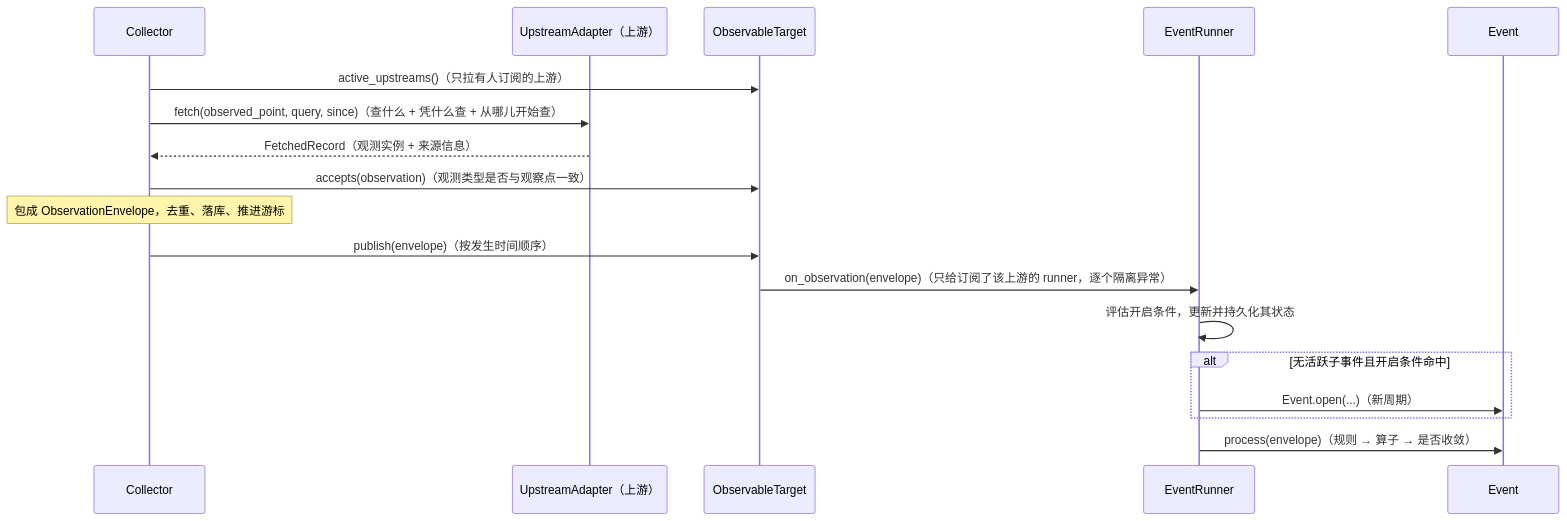
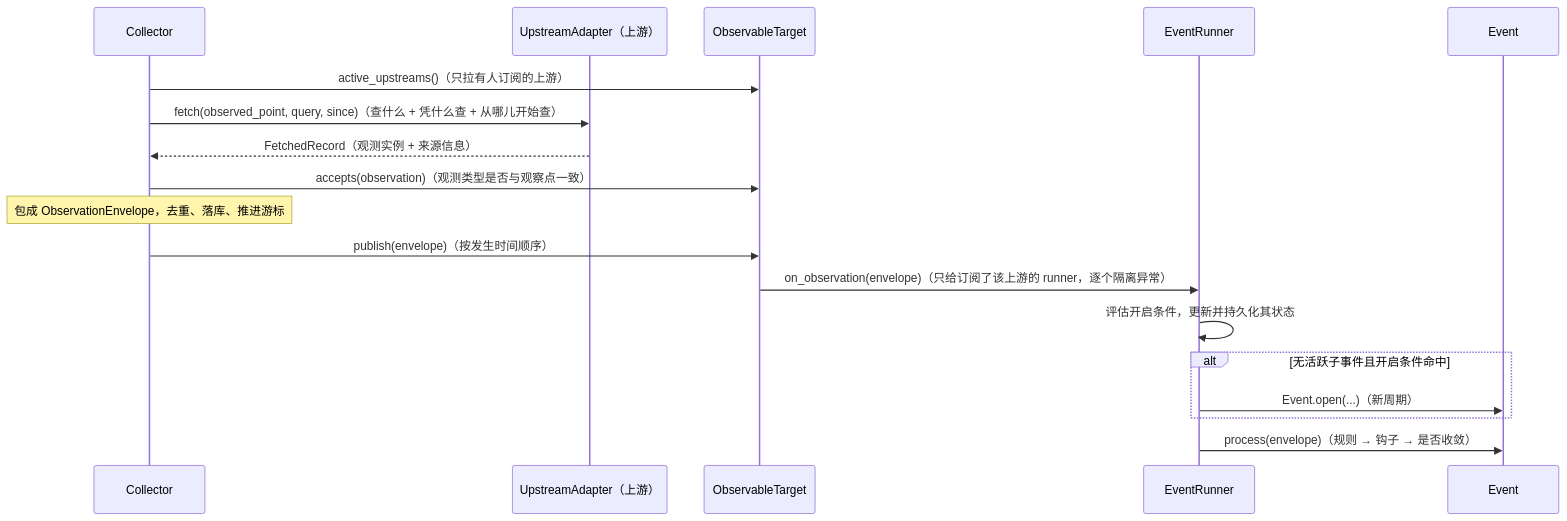
The second of 5 diagrams in README.md (Jeromexsu/Orion), drawn with Mermaid before and after one commit. The commit also changed other lines of this file and 51 other files, not shown here.

````diff
--- a/README.md
+++ b/README.md
@@ -64,21 +64,21 @@
 ```mermaid
 sequenceDiagram
   participant C as Collector
   participant A as UpstreamAdapter（上游）
   participant O as ObservableTarget
   participant R as EventRunner
   participant E as Event
 
   C->>O: active_upstreams()（只拉有人订阅的上游）
   C->>A: fetch(observed_point, query, since)（查什么 + 凭什么查 + 从哪儿开始查）
   A-->>C: FetchedRecord（观测实例 + 来源信息）
   C->>O: accepts(observation)（观测类型是否与观察点一致）
   Note over C: 包成 ObservationEnvelope，去重、落库、推进游标
   C->>O: publish(envelope)（按发生时间顺序）
   O->>R: on_observation(envelope)（只给订阅了该上游的 runner，逐个隔离异常）
   R->>R: 评估开启条件，更新并持久化其状态
   alt 无活跃子事件且开启条件命中
     R->>E: Event.open(...)（新周期）
   end
-  R->>E: process(envelope)（规则 → 算子 → 是否收敛）
+  R->>E: process(envelope)（规则 → 钩子 → 是否收敛）
 ```
````
